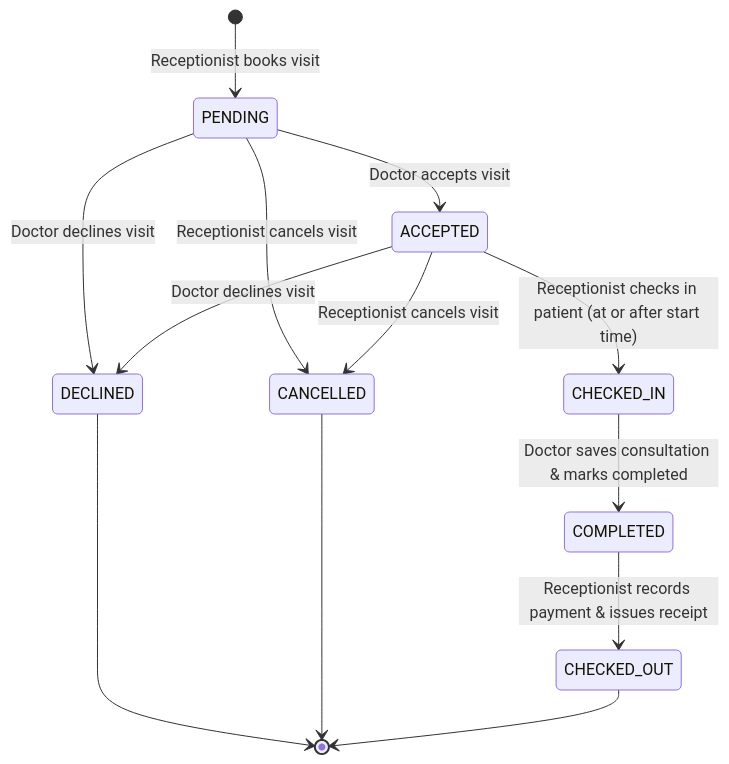
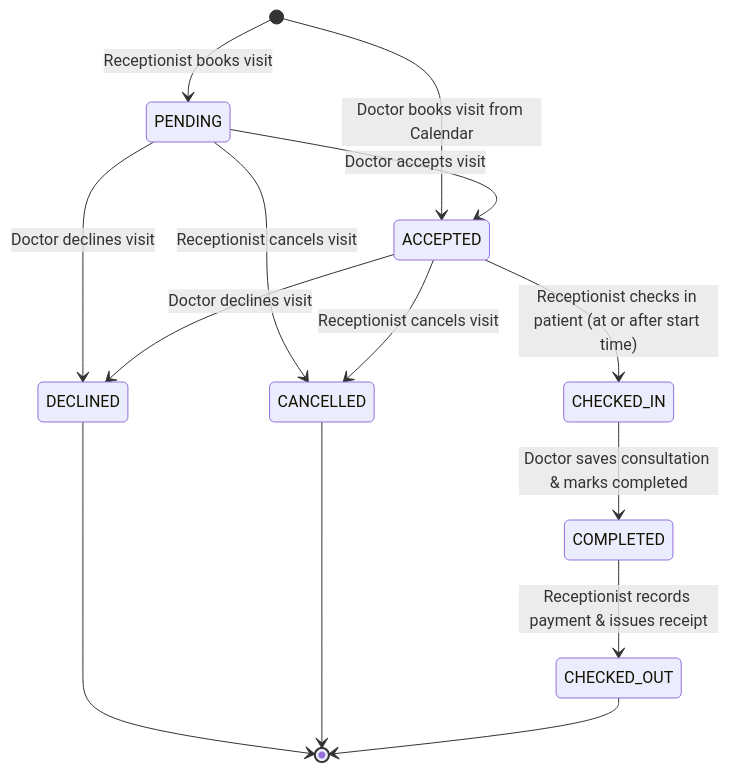
The diagram in docs/UserGuide.md (CS3227-2610-MP2-NUSynapxe/CS3227-2610-MP2), drawn with Mermaid before and after one commit. The commit also changed other lines of this file and 6 other files, not shown here.

````diff
--- a/docs/UserGuide.md
+++ b/docs/UserGuide.md
@@ -284,15 +284,16 @@
 ```mermaid
 stateDiagram-v2
     [*] --> PENDING: Receptionist books visit
+    [*] --> ACCEPTED: Doctor books visit from Calendar
     PENDING --> ACCEPTED: Doctor accepts visit
     PENDING --> DECLINED: Doctor declines visit
     PENDING --> CANCELLED: Receptionist cancels visit
     ACCEPTED --> CHECKED_IN: Receptionist checks in patient (at or after start time)
     ACCEPTED --> DECLINED: Doctor declines visit
     ACCEPTED --> CANCELLED: Receptionist cancels visit
     CHECKED_IN --> COMPLETED: Doctor saves consultation & marks completed
     COMPLETED --> CHECKED_OUT: Receptionist records payment & issues receipt
     DECLINED --> [*]
     CANCELLED --> [*]
     CHECKED_OUT --> [*]
 ```
````
